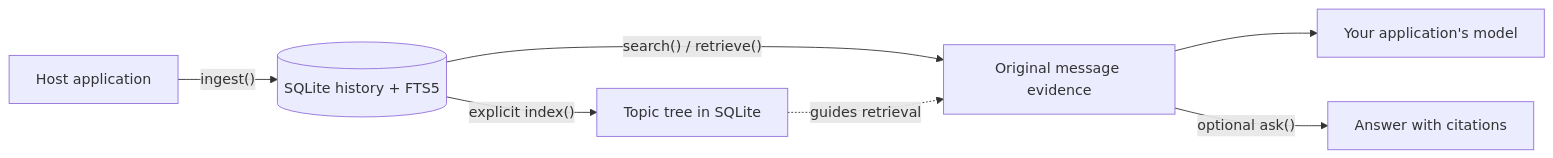
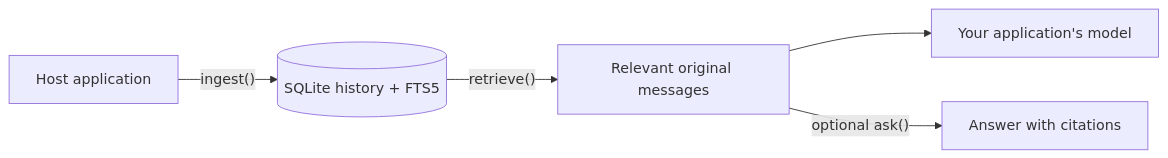
One commit to Ajitkumar-1001/Chat-context-index changed the diagram in README.md. Above: the diagram before and after it, drawn with Mermaid. The commit also changed other lines of this file, not shown here.

````diff
--- a/README.md
+++ b/README.md
@@ -76,9 +74,7 @@
 ```mermaid
 flowchart LR
     app["Host application"] -->|"ingest()"| history[("SQLite history + FTS5")]
-    history -->|"search() / retrieve()"| evidence["Original message evidence"]
-    history -->|"explicit index()"| tree["Topic tree in SQLite"]
-    tree -.->|"guides retrieval"| evidence
+    history -->|"retrieve()"| evidence["Relevant original messages"]
     evidence --> model["Your application's model"]
     evidence -->|"optional ask()"| answer["Answer with citations"]
 ```
````
